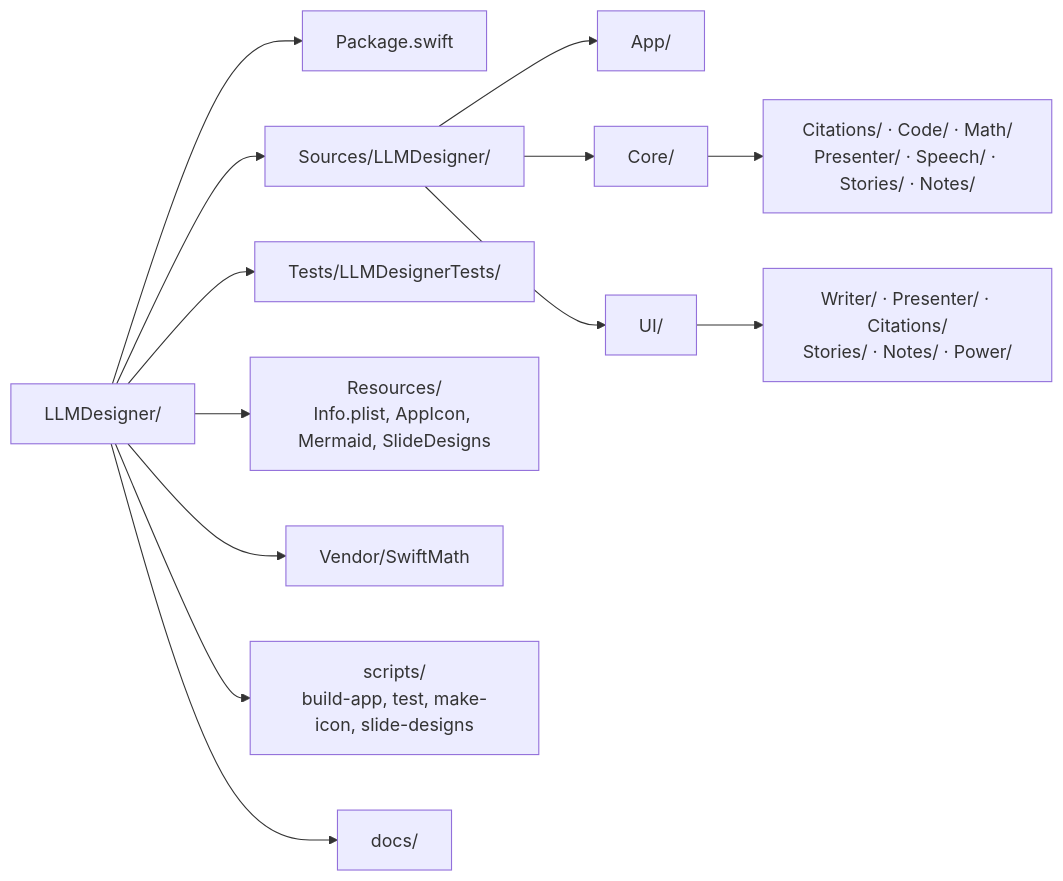
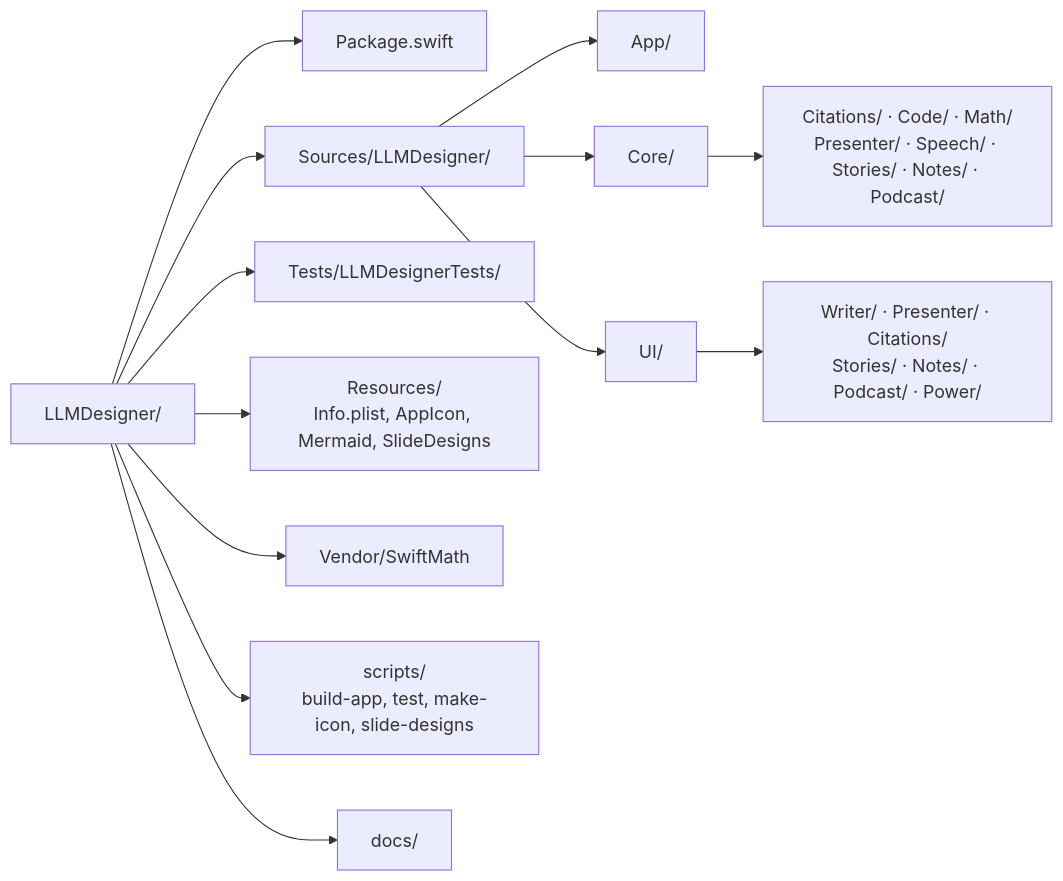
Before and after one commit to AlexEhrenberger/LLMDesigner: the first of 2 diagrams in docs/code.md, drawn with Mermaid. The commit also changed other lines of this file and 40 other files, not shown here.

````diff
--- a/docs/code.md
+++ b/docs/code.md
@@ -27,15 +27,15 @@
 ```mermaid
 flowchart LR
     R["LLMDesigner/"] --> P["Package.swift"]
     R --> S["Sources/LLMDesigner/"]
     R --> T["Tests/LLMDesignerTests/"]
     R --> RE["Resources/<br/>Info.plist, AppIcon, Mermaid, SlideDesigns"]
     R --> V["Vendor/SwiftMath"]
     R --> SC["scripts/<br/>build-app, test, make-icon, slide-designs"]
     R --> D["docs/"]
     S --> A["App/"]
     S --> C["Core/"]
     S --> U["UI/"]
-    C --> C1["Citations/ · Code/ · Math/<br/>Presenter/ · Speech/ · Stories/ · Notes/"]
-    U --> U1["Writer/ · Presenter/ · Citations/<br/>Stories/ · Notes/ · Power/"]
+    C --> C1["Citations/ · Code/ · Math/<br/>Presenter/ · Speech/ · Stories/ · Notes/ · Podcast/"]
+    U --> U1["Writer/ · Presenter/ · Citations/<br/>Stories/ · Notes/ · Podcast/ · Power/"]
 ```
````
